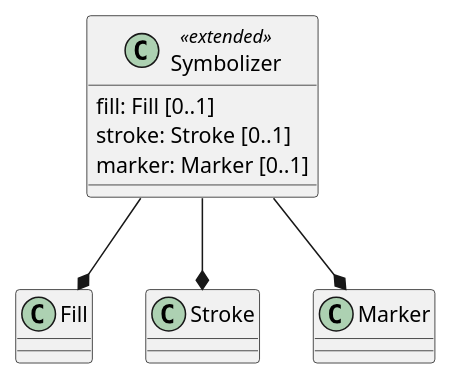
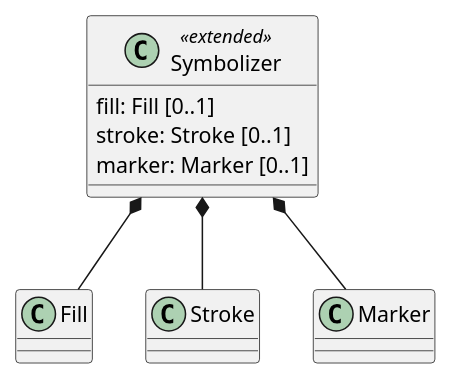
The first of 11 diagrams in core/sections/clause_8_vector.adoc (opengeospatial/styles-and-symbology), drawn with PlantUML before and after one commit. The commit also changed other lines of this file and 10 other files, not shown here.

```diff
--- a/core/sections/clause_8_vector.adoc
+++ b/core/sections/clause_8_vector.adoc
@@ -14,10 +14,10 @@
 [plantuml, target=diagram-classes, format=png]
 ....
 class Symbolizer <<extended>>
 Symbolizer : fill: Fill [0..1]
 Symbolizer : stroke: Stroke [0..1]
 Symbolizer : marker: Marker [0..1]
-Symbolizer --* Fill
-Symbolizer --* Stroke
-Symbolizer --* Marker
+Symbolizer *-- Fill
+Symbolizer *-- Stroke
+Symbolizer *-- Marker
 ....
```
